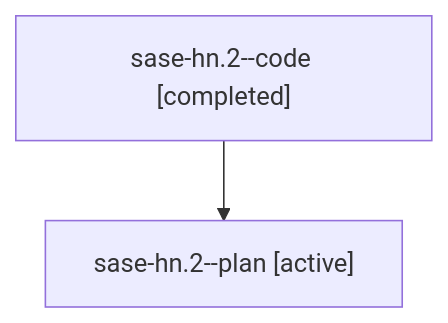
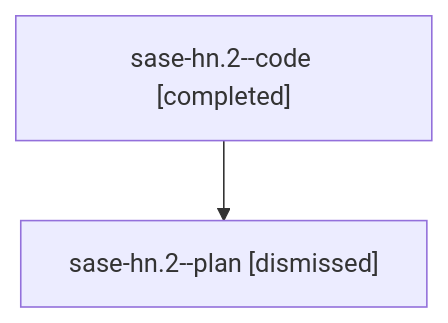
One commit to sase-org/sase--agents changed the diagram in sessions/bbugyi200.athena.sase-hn.2.md. Above: the diagram before and after it, drawn with Mermaid. The commit also changed other lines of this file and 100 other files, not shown here.

````diff
--- a/sessions/bbugyi200.athena.sase-hn.2.md
+++ b/sessions/bbugyi200.athena.sase-hn.2.md
@@ -9,6 +9,6 @@
 ```mermaid
 flowchart TD
   n0["sase-hn.2--code [completed]"]
-  n1["sase-hn.2--plan [active]"]
+  n1["sase-hn.2--plan [dismissed]"]
   n0 --> n1
 ```
````
